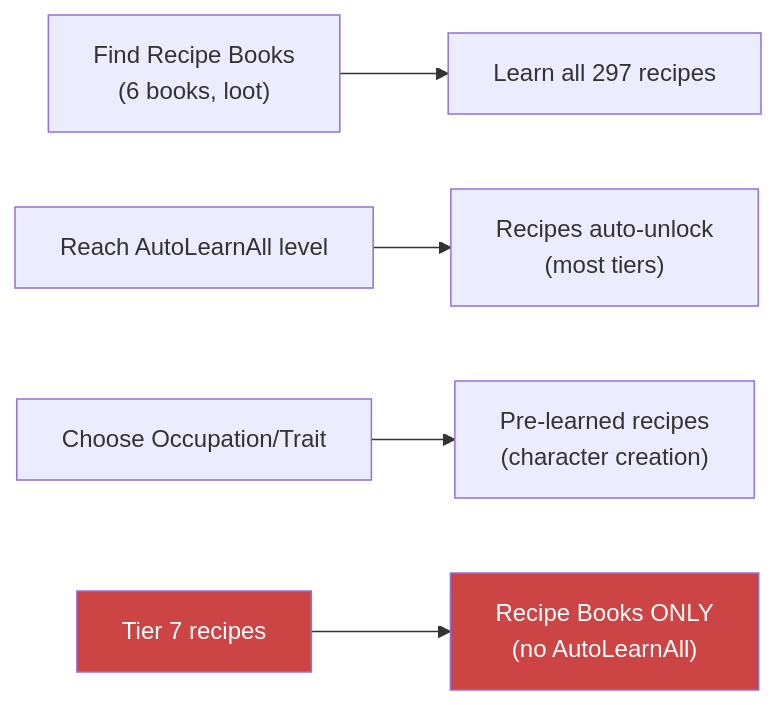
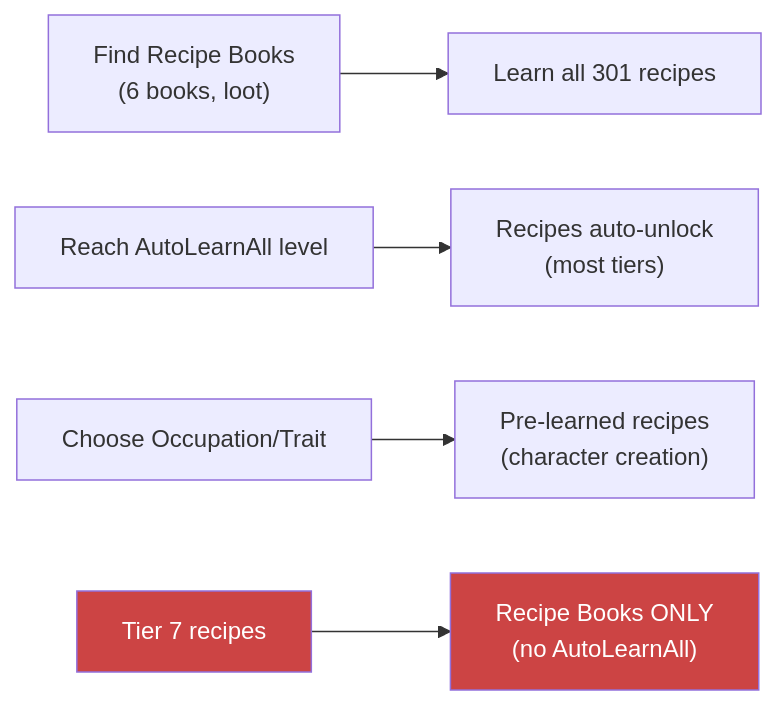
The second of 2 diagrams in docs/diagrams/skill-progression.md (phobos-dthorga/mod-pz-chemistry-pathways), drawn with Mermaid before and after one commit. The commit also changed other lines of this file and 7 other files, not shown here.

Commit message:
docs: update diagrams and guides for v1.5.0

````diff
--- a/docs/diagrams/skill-progression.md
+++ b/docs/diagrams/skill-progression.md
@@ -57,10 +57,10 @@
 ```mermaid
 graph LR
-    HB["Find Recipe Books<br/>(6 books, loot)"] --> LEARN["Learn all 297 recipes"]
+    HB["Find Recipe Books<br/>(6 books, loot)"] --> LEARN["Learn all 301 recipes"]
     LEVEL["Reach AutoLearnAll level"] --> AUTO["Recipes auto-unlock<br/>(most tiers)"]
     CREATE["Choose Occupation/Trait"] --> GRANT["Pre-learned recipes<br/>(character creation)"]
     T7["Tier 7 recipes"] --> HB_ONLY["Recipe Books ONLY<br/>(no AutoLearnAll)"]
 
     style T7 fill:#c44,color:#fff
     style HB_ONLY fill:#c44,color:#fff
 ```
````
